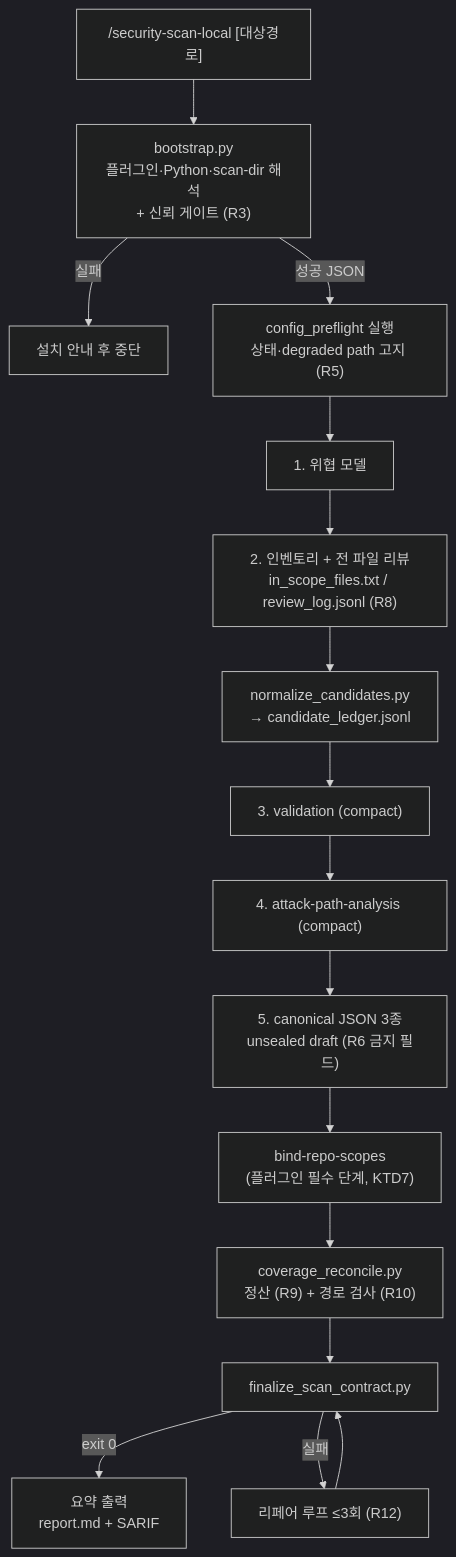
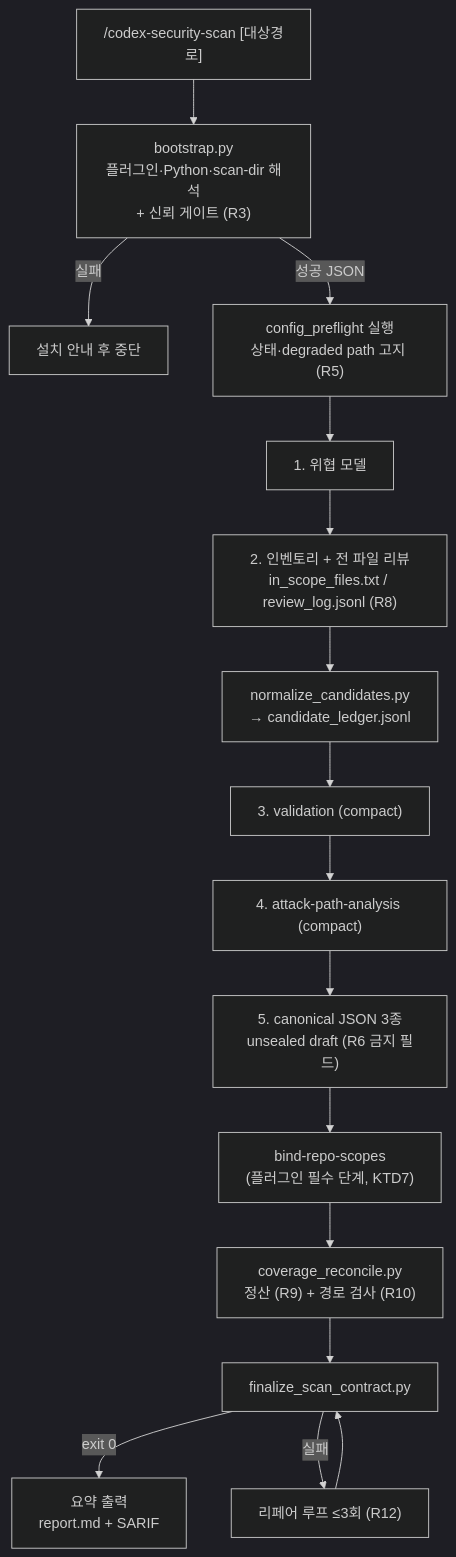
The diagram in docs/plans/2026-07-30-002-feat-phase1-standalone-scan-skill-plan.md (kall/codex-security-claude-skills), drawn with Mermaid (dark theme) before and after one commit. The commit also changed other lines of this file and 27 other files, not shown here.

First line of the commit message:
refactor: 스킬 이름을 security-*-local에서 codex-security-*로 변경

````diff
--- a/docs/plans/2026-07-30-002-feat-phase1-standalone-scan-skill-plan.md
+++ b/docs/plans/2026-07-30-002-feat-phase1-standalone-scan-skill-plan.md
@@ -92,18 +92,18 @@
 ```mermaid
 flowchart TB
-    A["/security-scan-local [대상경로]"] --> B["bootstrap.py<br/>플러그인·Python·scan-dir 해석<br/>+ 신뢰 게이트 (R3)"]
+    A["/codex-security-scan [대상경로]"] --> B["bootstrap.py<br/>플러그인·Python·scan-dir 해석<br/>+ 신뢰 게이트 (R3)"]
     B -->|실패| B1[설치 안내 후 중단]
     B -->|성공 JSON| C["config_preflight 실행<br/>상태·degraded path 고지 (R5)"]
     C --> D["1. 위협 모델"]
     D --> E["2. 인벤토리 + 전 파일 리뷰<br/>in_scope_files.txt / review_log.jsonl (R8)"]
     E --> F["normalize_candidates.py<br/>→ candidate_ledger.jsonl"]
     F --> G["3. validation (compact)"]
     G --> H["4. attack-path-analysis (compact)"]
     H --> I["5. canonical JSON 3종<br/>unsealed draft (R6 금지 필드)"]
     I --> J["bind-repo-scopes<br/>(플러그인 필수 단계, KTD7)"]
     J --> K["coverage_reconcile.py<br/>정산 (R9) + 경로 검사 (R10)"]
     K --> L["finalize_scan_contract.py"]
     L -->|exit 0| M["요약 출력<br/>report.md + SARIF"]
     L -->|실패| N["리페어 루프 ≤3회 (R12)"]
     N --> L
 ```
````
